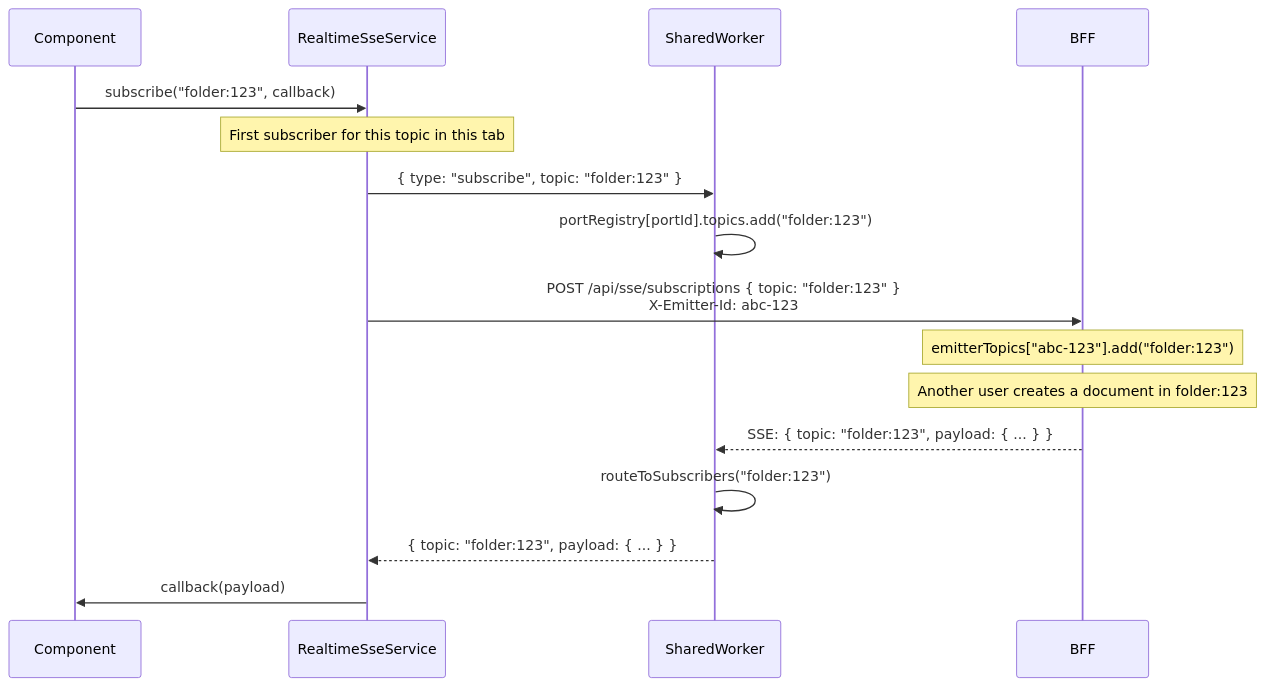
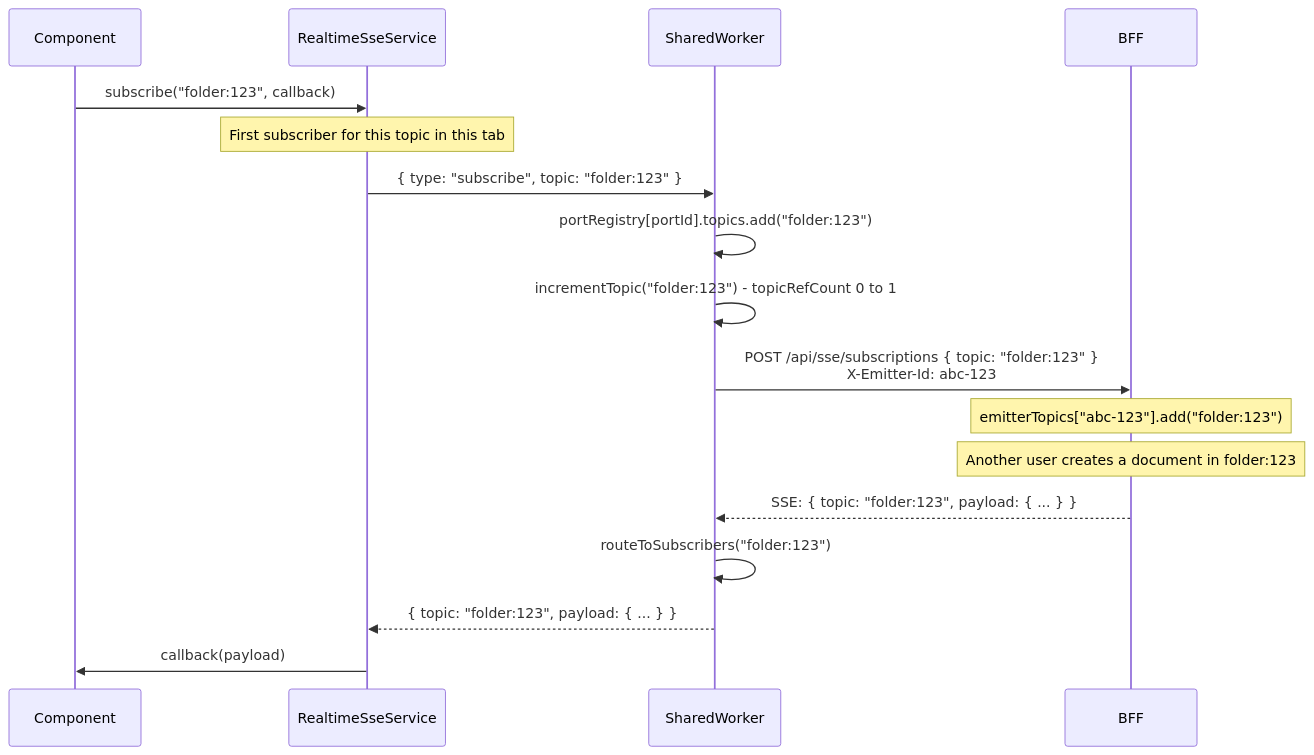
Before and after one commit to iarroyo/sse-demo: the third of 7 diagrams in SSE-DIAGRAMS.md, drawn with Mermaid. The commit also changed other lines of this file and 2 other files, not shown here.

First line of the commit message:
docs(sse): reflect REST subscription calls moved to SharedWorker

````diff
--- a/SSE-DIAGRAMS.md
+++ b/SSE-DIAGRAMS.md
@@ -66,20 +68,21 @@
 ```mermaid
 sequenceDiagram
     participant Comp as Component
     participant Service as RealtimeSseService
     participant Worker as SharedWorker
     participant Server as BFF
 
     Comp->>Service: subscribe("folder:123", callback)
     Note over Service: First subscriber for this topic in this tab
     Service->>Worker: { type: "subscribe", topic: "folder:123" }
     Worker->>Worker: portRegistry[portId].topics.add("folder:123")
-    Service->>Server: POST /api/sse/subscriptions { topic: "folder:123" }<br/>X-Emitter-Id: abc-123
+    Worker->>Worker: incrementTopic("folder:123") - topicRefCount 0 to 1
+    Worker->>Server: POST /api/sse/subscriptions { topic: "folder:123" }<br/>X-Emitter-Id: abc-123
     Note over Server: emitterTopics["abc-123"].add("folder:123")
 
     Note over Server: Another user creates a document in folder:123
     Server-->>Worker: SSE: { topic: "folder:123", payload: { ... } }
     Worker->>Worker: routeToSubscribers("folder:123")
     Worker-->>Service: { topic: "folder:123", payload: { ... } }
     Service->>Comp: callback(payload)
 ```
````
